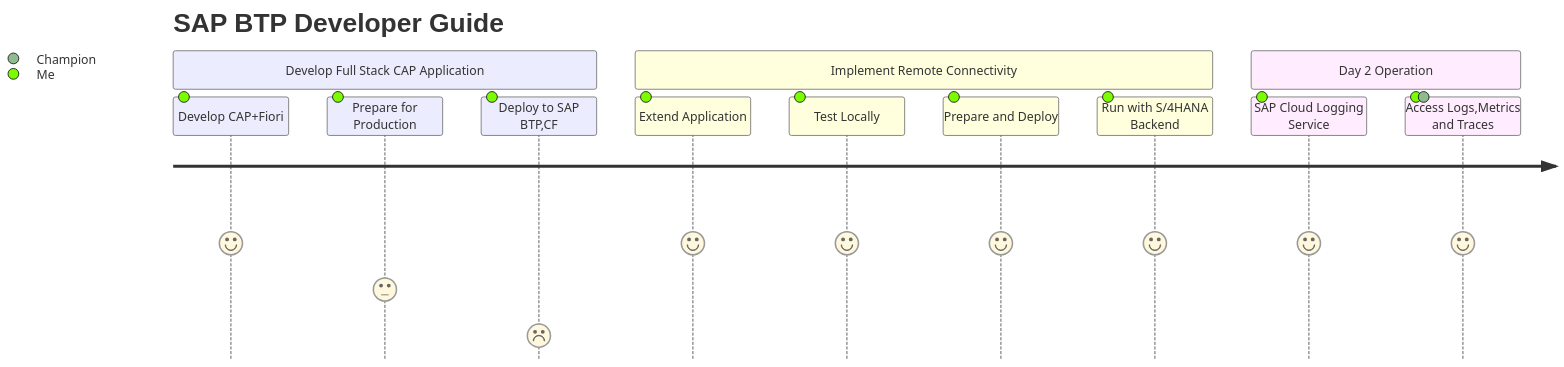
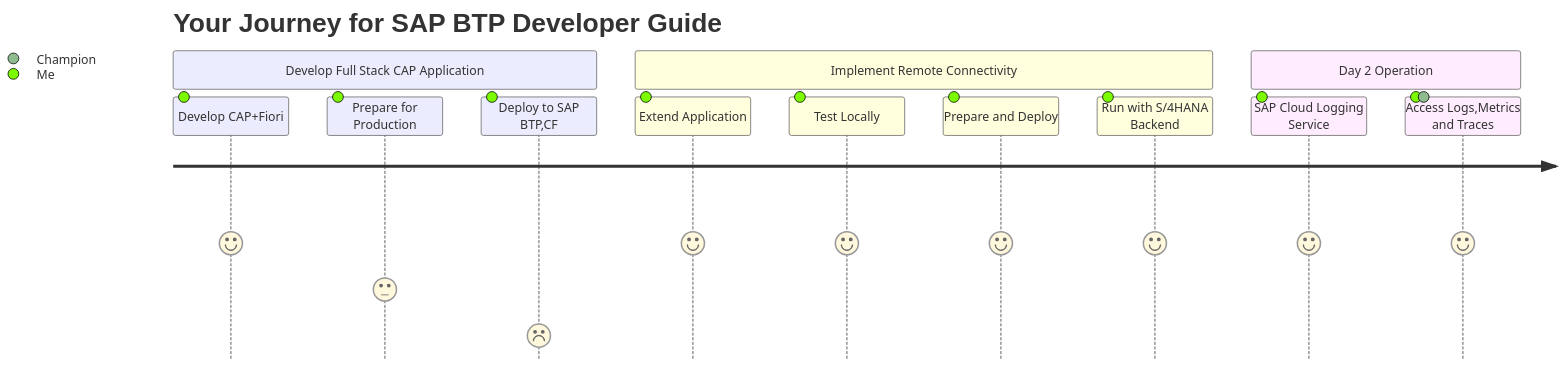
The second of 5 diagrams in README.md (ejazsyed/validation-issue), drawn with Mermaid before and after one commit.

````diff
--- a/README.md
+++ b/README.md
@@ -40,16 +40,16 @@
 ```mermaid
 journey
-    title SAP BTP Developer Guide
+    title Your Journey for SAP BTP Developer Guide
     section Develop Full Stack CAP Application
       Develop CAP+Fiori: 5: Me
       Prepare for Production: 3: Me
       Deploy to SAP BTP,CF: 1: Me
     section Implement Remote Connectivity
       Extend Application: 5: Me
       Test Locally: 5: Me
       Prepare and Deploy: 5: Me
       Run with S/4HANA Backend: 5: Me 
     section Day 2 Operation
       SAP Cloud Logging Service: 5: Me
       Access Logs,Metrics and Traces: 5: Me,Champion
 ```
````
